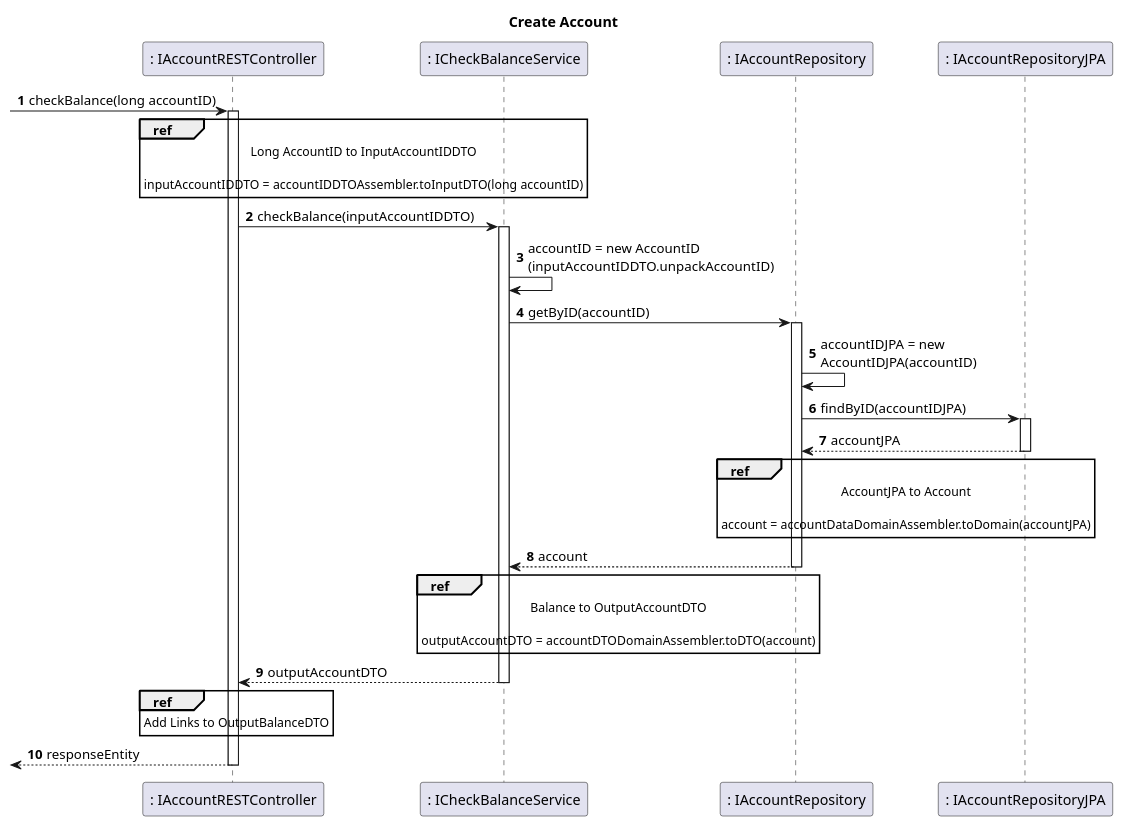
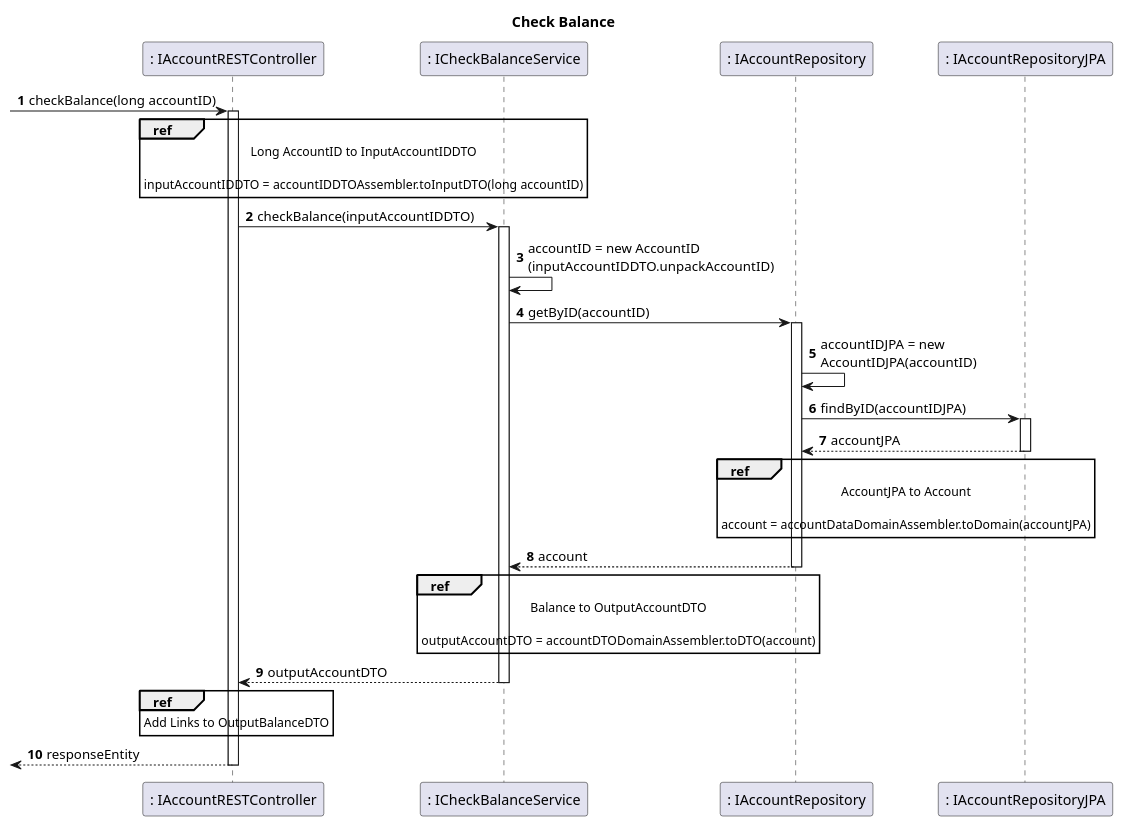
Before and after one commit to tomas-osswald/switch_2020_g3: the diagram in docs/sprint5/user_stories/US135,185,188_CheckBalance.md, drawn with PlantUML. The commit also changed 8 other files, not shown here.

````diff
--- a/docs/sprint5/user_stories/US135,185,188_CheckBalance.md
+++ b/docs/sprint5/user_stories/US135,185,188_CheckBalance.md
@@ -61,57 +61,57 @@
 ```puml
 autonumber 1
-title Create Account
+title Check Balance
 
 participant ": IAccountRESTController" as controller
 participant ": ICheckBalanceService" as service
 participant ": IAccountRepository" as repository
 participant ": IAccountRepositoryJPA" as repositoryJPA
 
 
 -> controller : checkBalance(long accountID)
 activate controller
 
 ref over controller
 Long AccountID to InputAccountIDDTO
 
 inputAccountIDDTO = accountIDDTOAssembler.toInputDTO(long accountID)
 end
 
 controller -> service : checkBalance(inputAccountIDDTO)
 activate service
 
 service -> service : accountID = new AccountID\n(inputAccountIDDTO.unpackAccountID)
 
 service -> repository : getByID(accountID)
 activate repository
 
 repository -> repository : accountIDJPA = new \nAccountIDJPA(accountID)
 
 repository -> repositoryJPA : findByID(accountIDJPA)
 activate repositoryJPA
 return accountJPA
 
 ref over repository
 AccountJPA to Account
 
 account = accountDataDomainAssembler.toDomain(accountJPA)
 end
 
 return account
 
 
 ref over service
 Balance to OutputAccountDTO
 
 outputAccountDTO = accountDTODomainAssembler.toDTO(account)
 end
 
 return outputAccountDTO
 
 ref over controller
 Add Links to OutputBalanceDTO
 end
 
 return responseEntity
 
 ```
````
